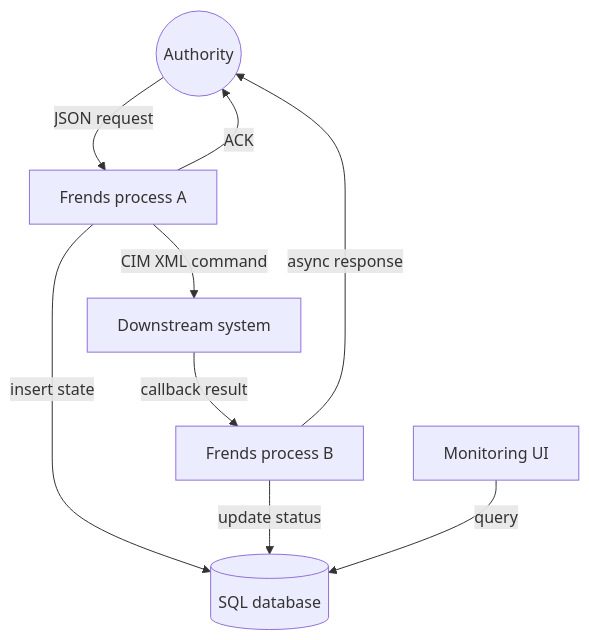
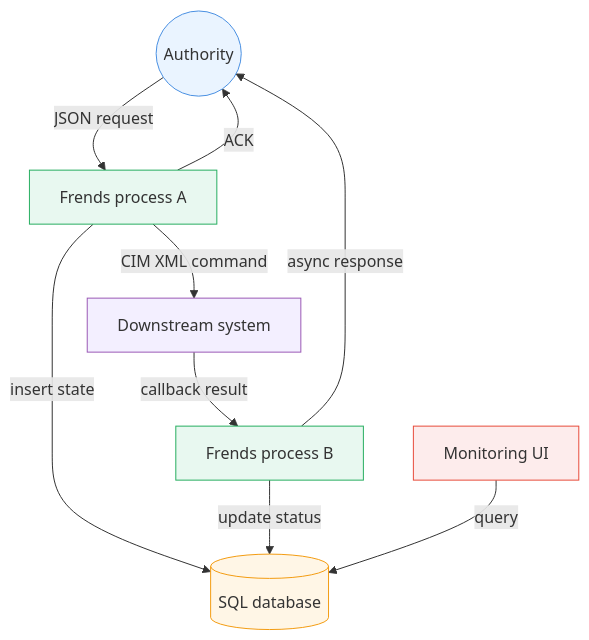
The fourth of 5 diagrams in frnds/README.md (sbhrwl/microservices), drawn with Mermaid before and after one commit.

Commit message:
Update styles in README diagram
Added styles for Authority, FrendsA, FrendsB, DB, Downstream, and UI in the README diagram.

````diff
--- a/frnds/README.md
+++ b/frnds/README.md
@@ -265,18 +265,25 @@
 ```mermaid
 flowchart TD
   Authority((Authority))
   FrendsA[Frends process A]
   FrendsB[Frends process B]
   DB[(SQL database)]
   Downstream[Downstream system]
   UI[Monitoring UI]
 
   Authority -->|JSON request| FrendsA
   FrendsA -->|ACK| Authority
   FrendsA -->|insert state| DB
   FrendsA -->|CIM XML command| Downstream
   Downstream -->|callback result| FrendsB
   FrendsB -->|update status| DB
   FrendsB -->|async response| Authority
   UI -->|query| DB
+
+  style Authority fill:#EAF4FF,stroke:#4A90E2
+  style FrendsA fill:#E8F8F0,stroke:#27AE60
+  style FrendsB fill:#E8F8F0,stroke:#27AE60
+  style DB fill:#FFF6E6,stroke:#F39C12
+  style Downstream fill:#F3EFFF,stroke:#9B59B6
+  style UI fill:#FDECEC,stroke:#E74C3C
 ```
````
